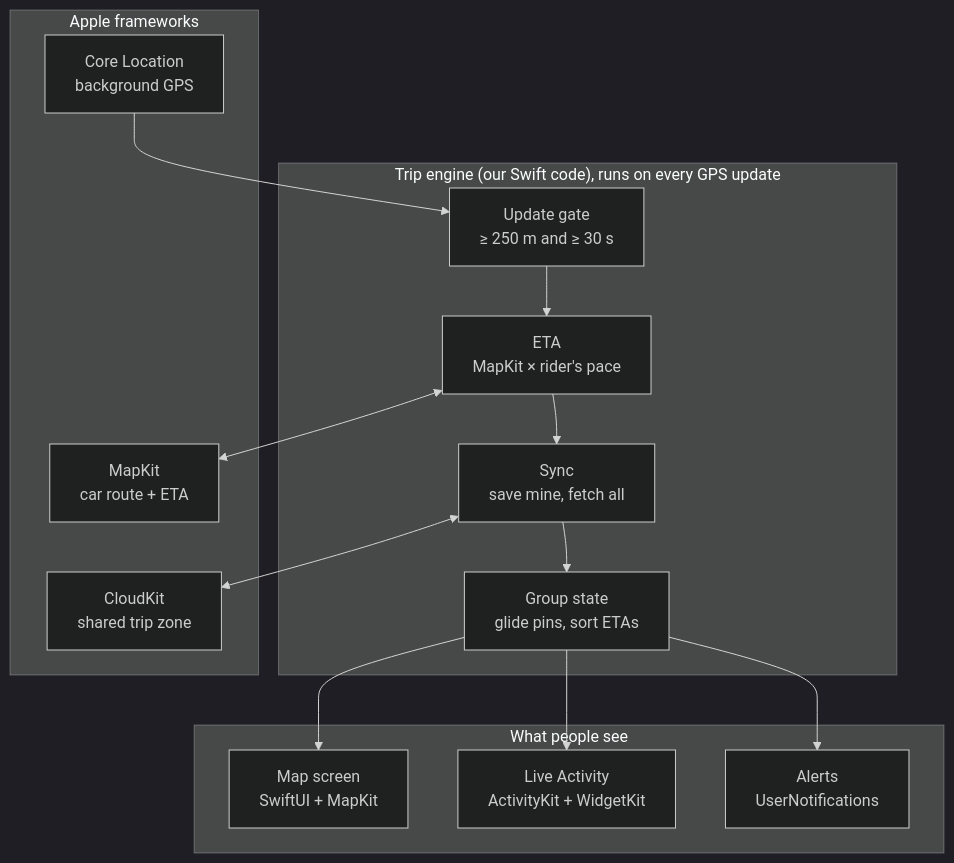
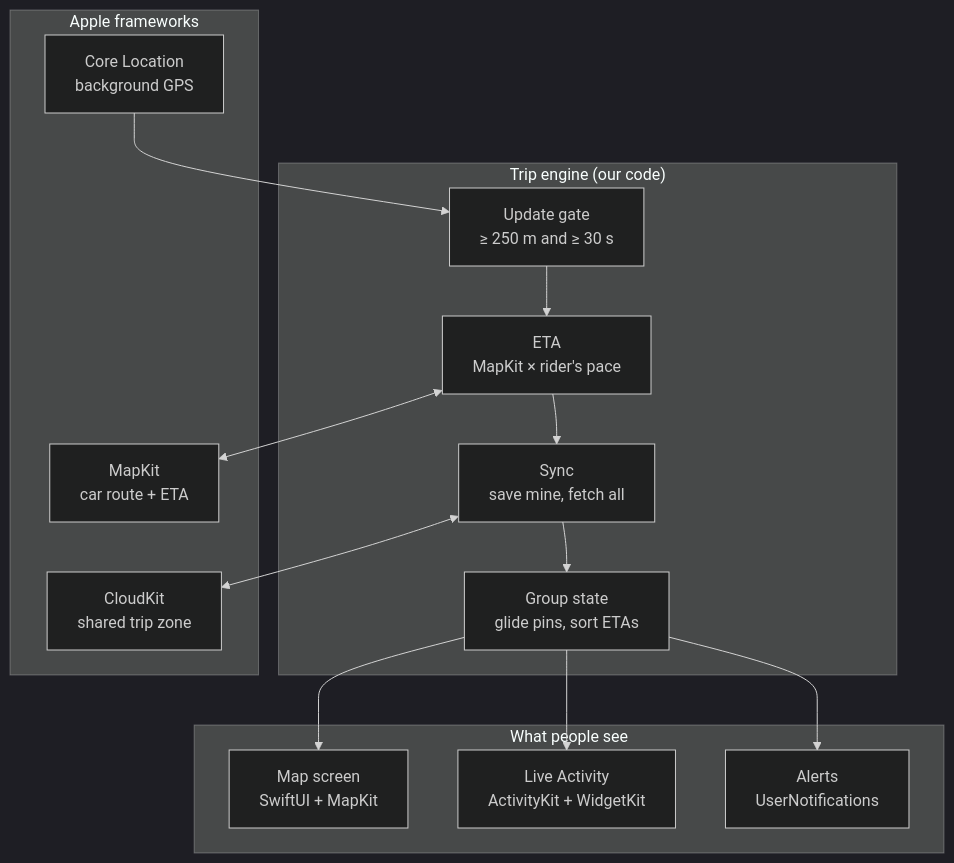
The second of 3 diagrams in README.md (hardytee1/Funtastic4), drawn with Mermaid (dark theme) before and after one commit. The commit also changed other lines of this file, not shown here.

Commit message:
Shorten diagram titles so they fit

````diff
--- a/README.md
+++ b/README.md
@@ -40,20 +40,20 @@
 ```mermaid
 flowchart TB
     subgraph surfaces["What people see"]
         screen["Map screen<br/>SwiftUI + MapKit"]
         liveAct["Live Activity<br/>ActivityKit + WidgetKit"]
         alertsN["Alerts<br/>UserNotifications"]
     end
-    subgraph engine["Trip engine (our Swift code), runs on every GPS update"]
+    subgraph engine["Trip engine (our code)"]
         gate["Update gate<br/>≥ 250 m and ≥ 30 s"] --> etaStep["ETA<br/>MapKit × rider's pace"] --> syncStep["Sync<br/>save mine, fetch all"] --> groupState["Group state<br/>glide pins, sort ETAs"]
     end
     subgraph frameworks["Apple frameworks"]
         coreLoc["Core Location<br/>background GPS"]
         mapKit["MapKit<br/>car route + ETA"]
         cloudKit["CloudKit<br/>shared trip zone"]
     end
     coreLoc --> gate
     etaStep <--> mapKit
     syncStep <--> cloudKit
     groupState --> screen & liveAct & alertsN
 ```
````
